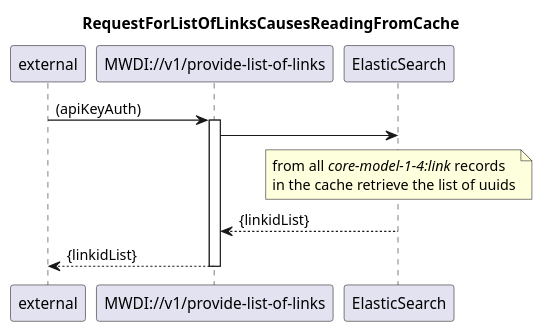
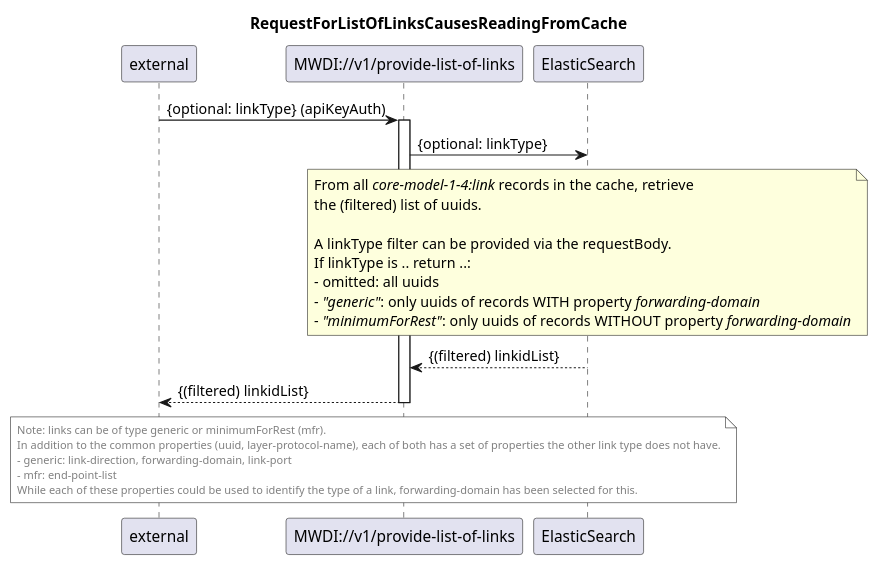
Before and after one commit to openBackhaul/MicroWaveDeviceInventory: the diagram in spec/prep/diagrams-neu/104_ProvideListOfLinks.plantuml, drawn with PlantUML. The commit also changed 1 other file, not shown here.

Commit message:
diagrams update

```diff
--- a/spec/prep/diagrams-neu/104_ProvideListOfLinks.plantuml
+++ b/spec/prep/diagrams-neu/104_ProvideListOfLinks.plantuml
@@ -1,24 +1,38 @@
 @startuml 105_ProvideListOfLinks
 skinparam responseMessageBelowArrow true
-
 title RequestForListOfLinksCausesReadingFromCache
 
 participant "external" as requestor
 participant "MWDI://v1/provide-list-of-links" as linklist
 participant "ElasticSearch" as es
 
-requestor -> linklist: (apiKeyAuth)
+requestor -> linklist: {optional: linkType} (apiKeyAuth)
 activate linklist
 
-linklist -> es
+linklist -> es: {optional: linkType}
 note over es
-  from all <i>core-model-1-4:link</i> records 
-  in the cache retrieve the list of uuids
+  From all <i>core-model-1-4:link</i> records in the cache, retrieve
+  the (filtered) list of uuids.
+
+  A linkType filter can be provided via the requestBody.
+  If linkType is .. return ..:
+  - omitted: all uuids
+  - <i>"generic"</i>: only uuids of records WITH property <i>forwarding-domain</i>
+  - <i>"minimumForRest"</i>: only uuids of records WITHOUT property <i>forwarding-domain</i>
 end note
 
-es --> linklist: {linkidList}
+es --> linklist: {(filtered) linkidList}
 
-linklist --> requestor: {linkidList}
+linklist --> requestor: {(filtered) linkidList}
 deactivate linklist
 
+note over requestor, es #White
+<font color="gray" size="10">Note: links can be of type generic or minimumForRest (mfr).</font>
+<font color="gray" size="10">In addition to the common properties (uuid, layer-protocol-name), each of both has a set of properties the other link type does not have.</font>
+<font color="gray" size="10">- generic: link-direction, forwarding-domain, link-port</font>
+<font color="gray" size="10">- mfr: end-point-list</font>
+<font color="gray" size="10">While each of these properties could be used to identify the type of a link, forwarding-domain has been selected for this.</font>
+end note
+
+
 @enduml
```
